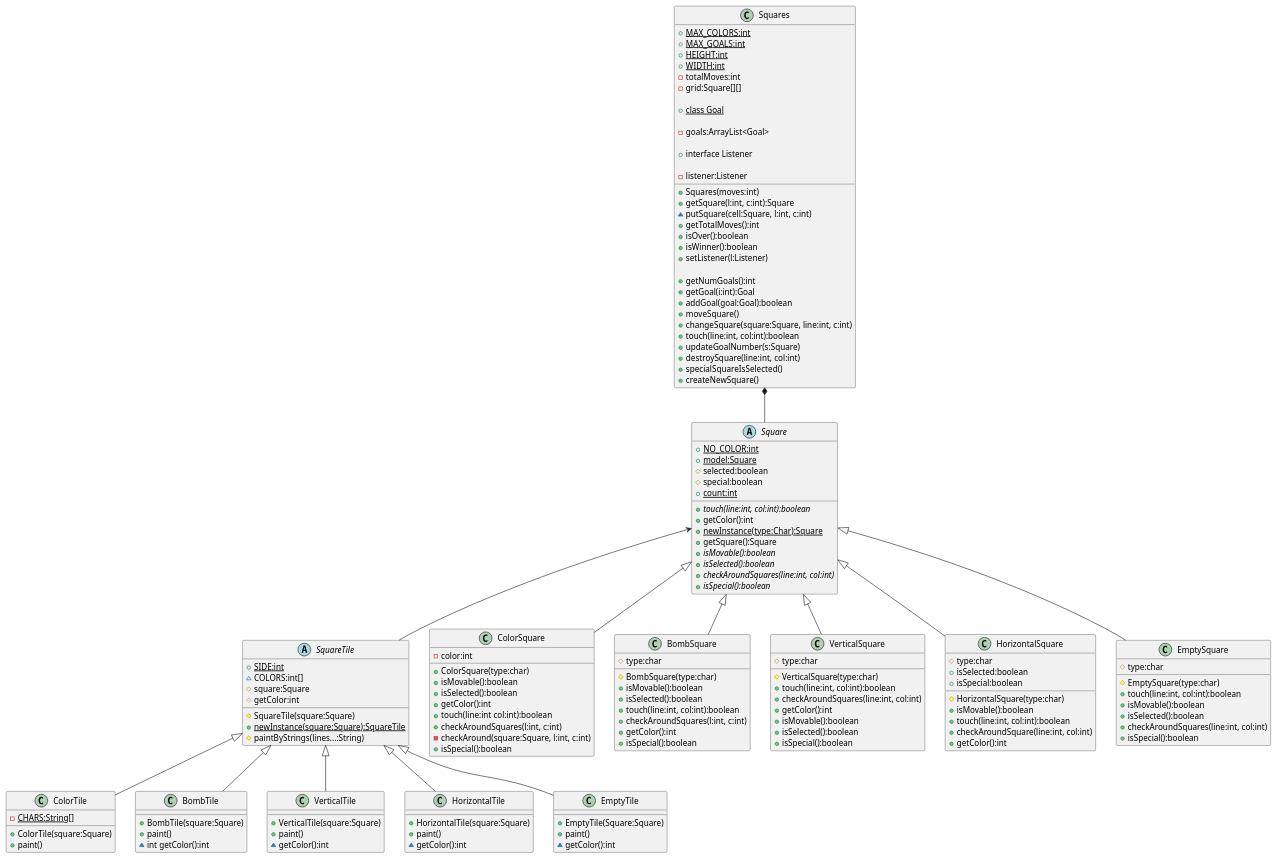
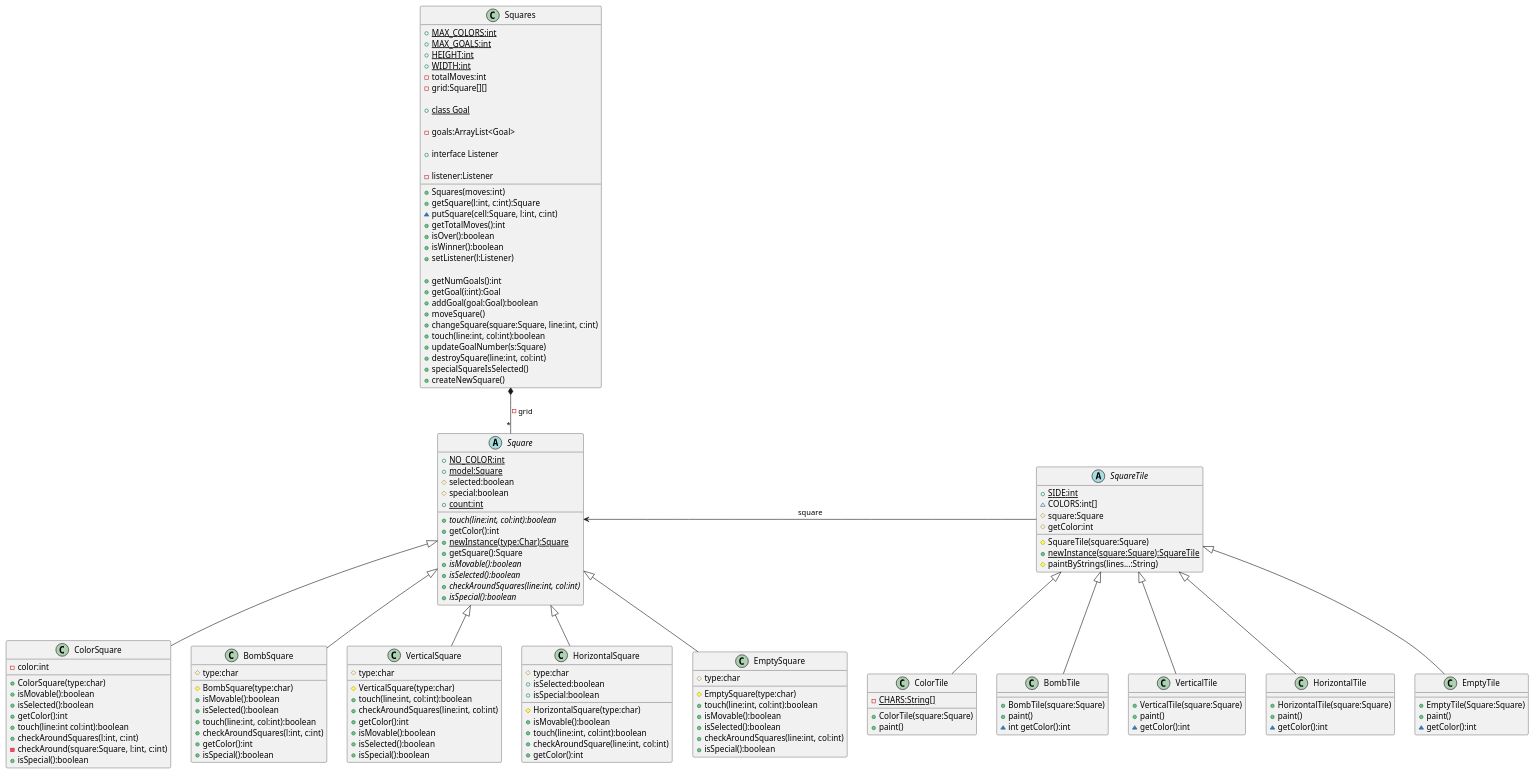
Before and after one commit to sikandre/ISEL-LEIC-1718i-Squares: the diagram in src/UML_SquaresConsole.puml, drawn with PlantUML.

Commit message:
update uml

```diff
--- a/src/UML_SquaresConsole.puml
+++ b/src/UML_SquaresConsole.puml
@@ -1,170 +1,170 @@
 @startuml
 
-Squares *-- Square
+Squares *-- "*"Square : -grid
 
 class Squares {
     +{static}MAX_COLORS:int
     +{static}MAX_GOALS:int
     +{static}HEIGHT:int
     +{static}WIDTH:int
     -totalMoves:int
     -grid:Square[][]
     +Squares(moves:int)
     +getSquare(l:int, c:int):Square
     ~putSquare(cell:Square, l:int, c:int)
     +getTotalMoves():int
     +isOver():boolean
     +isWinner():boolean
 
     +{static}class Goal
 
     -goals:ArrayList<Goal>
 
     +interface Listener
 
     -listener:Listener
     +setListener(l:Listener)
 
     +getNumGoals():int
     +getGoal(i:int):Goal
     +addGoal(goal:Goal):boolean
     +moveSquare()
     +changeSquare(square:Square, line:int, c:int)
     +touch(line:int, col:int):boolean
     +updateGoalNumber(s:Square)
     +destroySquare(line:int, col:int)
     +specialSquareIsSelected()
     +createNewSquare()
 }
 
 abstract class SquareTile {
     +{static}SIDE:int
     ~COLORS:int[]
     #square:Square
     #SquareTile(square:Square)
     #getColor:int
     +{static}newInstance(square:Square):SquareTile
     #paintByStrings(lines...:String)
 }
 
 class ColorTile {
     -{static}CHARS:String[]
     +ColorTile(square:Square)
     +paint()
 }
 
 class BombTile {
     +BombTile(square:Square)
     +paint()
     ~int getColor():int
 }
 
 class VerticalTile {
     +VerticalTile(square:Square)
     +paint()
     ~getColor():int
 }
 
 class HorizontalTile {
     +HorizontalTile(square:Square)
     +paint()
     ~getColor():int
 }
 
 class EmptyTile {
     +EmptyTile(Square:Square)
     +paint()
     ~getColor():int
 }
 
 SquareTile <|-- ColorTile
 SquareTile <|-- BombTile
 SquareTile <|-- VerticalTile
 SquareTile <|-- HorizontalTile
 SquareTile <|-- EmptyTile
 
 abstract class Square {
     +{static}NO_COLOR:int
     +{static}model:Square
     #selected:boolean
     #special:boolean
     +{static}count:int
     +{abstract}touch(line:int, col:int):boolean
     +getColor():int
     +{static}newInstance(type:Char):Square
     +getSquare():Square
     +{abstract}isMovable():boolean
     +{abstract}isSelected():boolean
     +{abstract}checkAroundSquares(line:int, col:int)
     +{abstract}isSpecial():boolean
 }
 
 class ColorSquare {
     -color:int
     +ColorSquare(type:char)
     +isMovable():boolean
     +isSelected():boolean
     +getColor():int
     +touch(line:int col:int):boolean
     +checkAroundSquares(l:int, c:int)
     -checkAround(square:Square, l:int, c:int)
     +isSpecial():boolean
 }
 
 class BombSquare {
     #type:char
     #BombSquare(type:char)
     +isMovable():boolean
     +isSelected():boolean
     +touch(line:int, col:int):boolean
     +checkAroundSquares(l:int, c:int)
     +getColor():int
     +isSpecial():boolean
 }
 
 class VerticalSquare {
     #type:char
     #VerticalSquare(type:char)
     +touch(line:int, col:int):boolean
     +checkAroundSquares(line:int, col:int)
     +getColor():int
     +isMovable():boolean
     +isSelected():boolean
     +isSpecial():boolean
 }
 
 class HorizontalSquare {
     #type:char
     #HorizontalSquare(type:char)
     +isMovable():boolean
     +isSelected:boolean
     +touch(line:int, col:int):boolean
     +checkAroundSquare(line:int, col:int)
     +getColor():int
     +isSpecial:boolean
 }
 
 class EmptySquare {
     #type:char
     #EmptySquare(type:char)
     +touch(line:int, col:int):boolean
     +isMovable():boolean
     +isSelected():boolean
     +checkAroundSquares(line:int, col:int)
     +isSpecial():boolean
 }
 
-Square <-- SquareTile
+Square <- SquareTile : square
 Square <|-- ColorSquare
 Square <|-- BombSquare
 Square <|-- VerticalSquare
 Square <|-- HorizontalSquare
 Square <|-- EmptySquare
 
 class ColorTile {
 }
 
 
 
 
 @enduml
```
